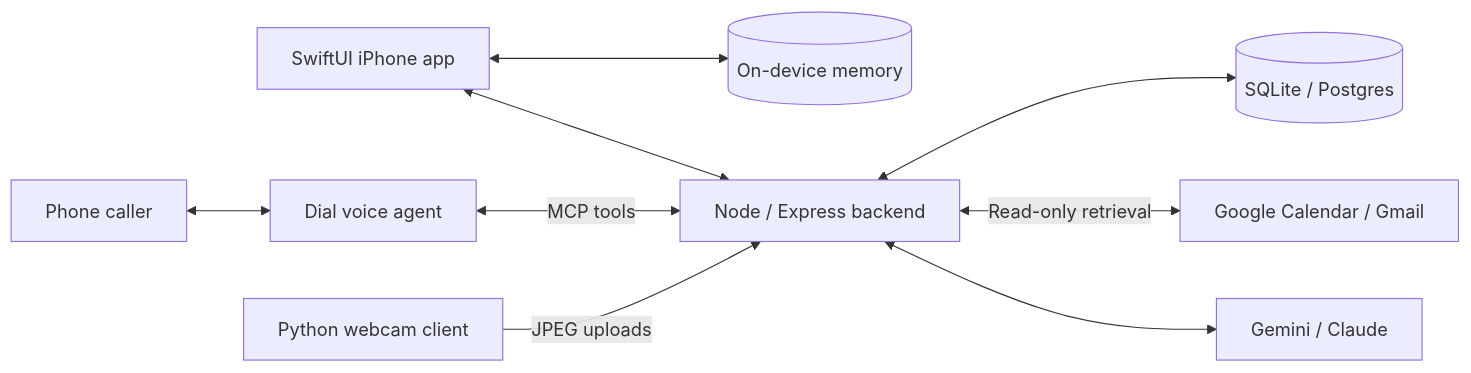
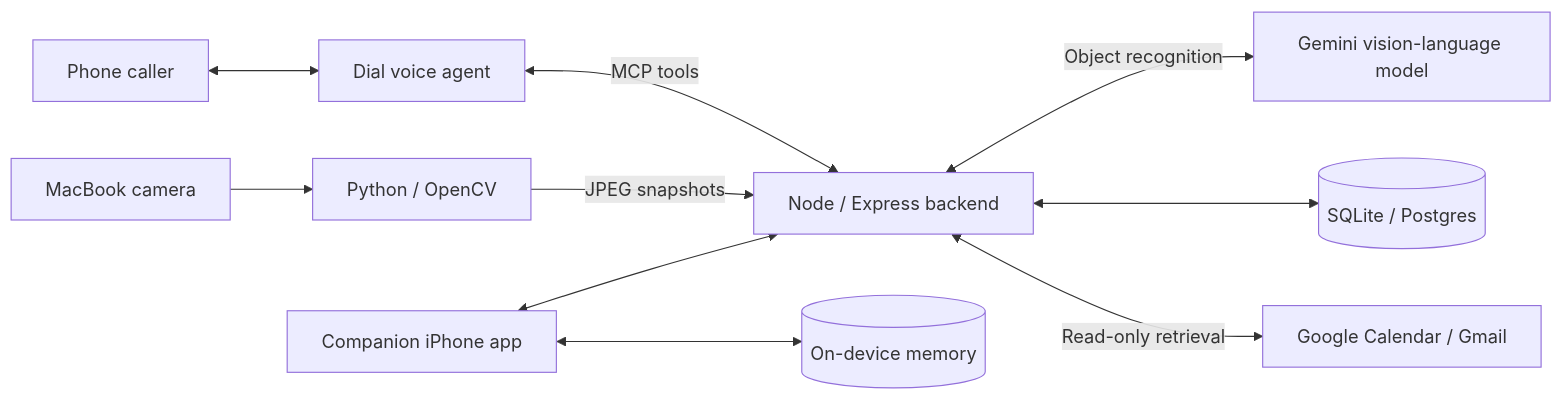
Before and after one commit to mattdomingo/speedhacks: the diagram in README.md, drawn with Mermaid. The commit also changed other lines of this file, not shown here.

Commit message:
Clarify phone interface and MacBook VLM camera workflow

````diff
--- a/README.md
+++ b/README.md
@@ -21,11 +27,12 @@
 ```mermaid
 flowchart LR
-    App[SwiftUI iPhone app] <--> Local[(On-device memory)]
-    App <--> API[Node / Express backend]
     Caller[Phone caller] <--> Dial[Dial voice agent]
-    Dial <-->|MCP tools| API
-    Camera[Python webcam client] -->|JPEG uploads| API
+    Dial <-->|MCP tools| API[Node / Express backend]
+    Camera[MacBook camera] --> Capture[Python / OpenCV]
+    Capture -->|JPEG snapshots| API
+    API <-->|Object recognition| VLM[Gemini vision-language model]
     API <--> Store[(SQLite / Postgres)]
     API <-->|Read-only retrieval| Google[Google Calendar / Gmail]
-    API <--> Models[Gemini / Claude]
+    App[Companion iPhone app] <--> API
+    App <--> Local[(On-device memory)]
 ```
````
